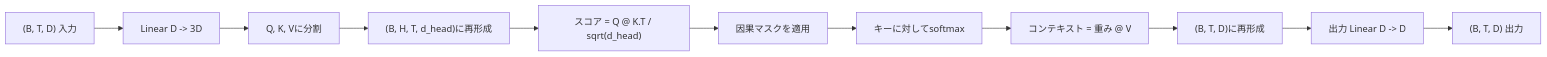
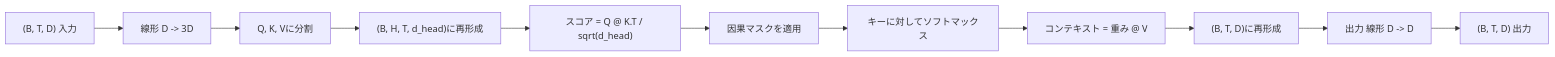
Before and after one commit to shoshoshomen/synapse-academy: the first of 2 diagrams in content/phases/19-capstone-projects/33-multihead-self-attention/lesson.ja.md, drawn with Mermaid. The commit also changed other lines of this file and 124 other files, not shown here.

First line of the commit message:
feat(i18n): mermaid図のラベルを日本語化(194レッスン/374図)

````diff
--- a/content/phases/19-capstone-projects/33-multihead-self-attention/lesson.ja.md
+++ b/content/phases/19-capstone-projects/33-multihead-self-attention/lesson.ja.md
@@ -25,13 +25,13 @@
 ```mermaid
 flowchart LR
-    A["(B, T, D) 入力"] --> B[Linear D -> 3D]
+    A["(B, T, D) 入力"] --> B["線形 D -> 3D"]
     B --> C["Q, K, Vに分割"]
     C --> D["(B, H, T, d_head)に再形成"]
     D --> E["スコア = Q @ K.T / sqrt(d_head)"]
-    E --> F[因果マスクを適用]
-    F --> G[キーに対してsoftmax]
+    E --> F["因果マスクを適用"]
+    F --> G["キーに対してソフトマックス"]
     G --> H["コンテキスト = 重み @ V"]
     H --> I["(B, T, D)に再形成"]
-    I --> J[出力 Linear D -> D]
+    I --> J["出力 線形 D -> D"]
     J --> K["(B, T, D) 出力"]
 ```
````
